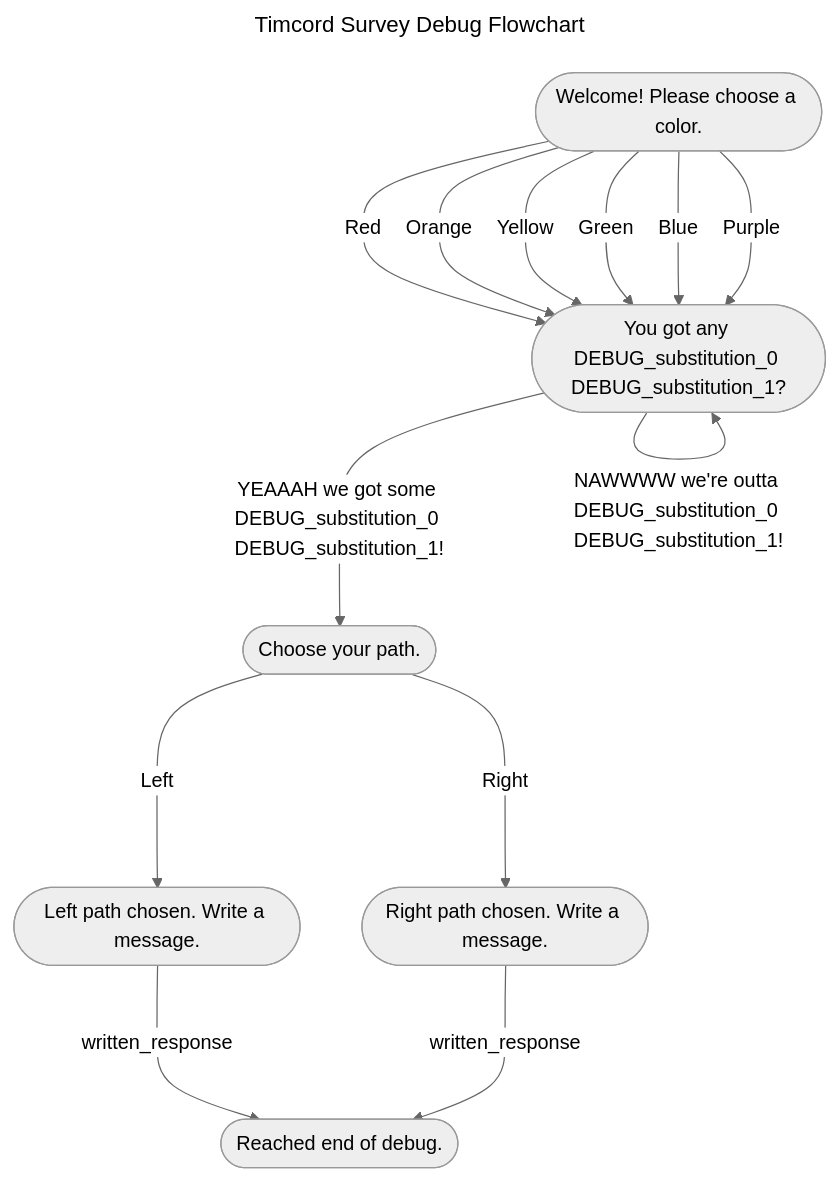
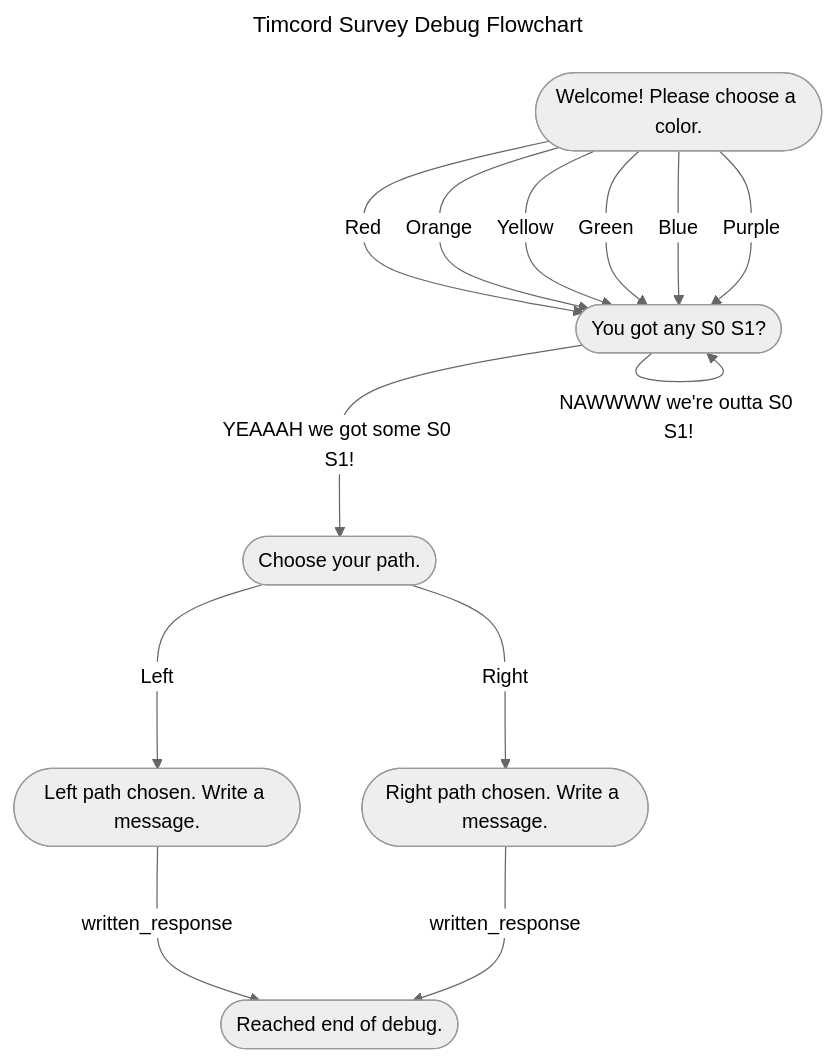
The third of 4 diagrams in README.md (ObjectsCountries/Timcord-Survey), drawn with Mermaid (neutral theme) before and after one commit. The commit also changed other lines of this file, not shown here.

Commit message:
ACTION: Update flowcharts

````diff
--- a/README.md
+++ b/README.md
@@ -37,24 +44,24 @@
 ```mermaid
 ---
 title: Timcord Survey Debug Flowchart
 ---
 graph TD
 debug_begin_intro(["Welcome! Please choose a color."])
-debug_substitution(["You got any DEBUG_substitution_0 DEBUG_substitution_1?"])
+debug_donuts(["You got any S0 S1?"])
 debug_branch(["Choose your path."])
 debug_path_left(["Left path chosen. Write a message."])
 debug_path_right(["Right path chosen. Write a message."])
 debug_finish(["Reached end of debug."])
-debug_begin_intro --->|Red| debug_substitution
-debug_begin_intro --->|Orange| debug_substitution
-debug_begin_intro --->|Yellow| debug_substitution
-debug_begin_intro --->|Green| debug_substitution
-debug_begin_intro --->|Blue| debug_substitution
-debug_begin_intro --->|Purple| debug_substitution
-debug_substitution --->|YEAAAH we got some DEBUG_substitution_0 DEBUG_substitution_1!| debug_branch
-debug_substitution --->|NAWWWW we're outta DEBUG_substitution_0 DEBUG_substitution_1!| debug_substitution
+debug_begin_intro --->|Red| debug_donuts
+debug_begin_intro --->|Orange| debug_donuts
+debug_begin_intro --->|Yellow| debug_donuts
+debug_begin_intro --->|Green| debug_donuts
+debug_begin_intro --->|Blue| debug_donuts
+debug_begin_intro --->|Purple| debug_donuts
+debug_donuts --->|YEAAAH we got some S0 S1!| debug_branch
+debug_donuts --->|NAWWWW we're outta S0 S1!| debug_donuts
 debug_branch --->|Left| debug_path_left
 debug_branch --->|Right| debug_path_right
 debug_path_left --->|written_response| debug_finish
 debug_path_right --->|written_response| debug_finish
 ```
````
